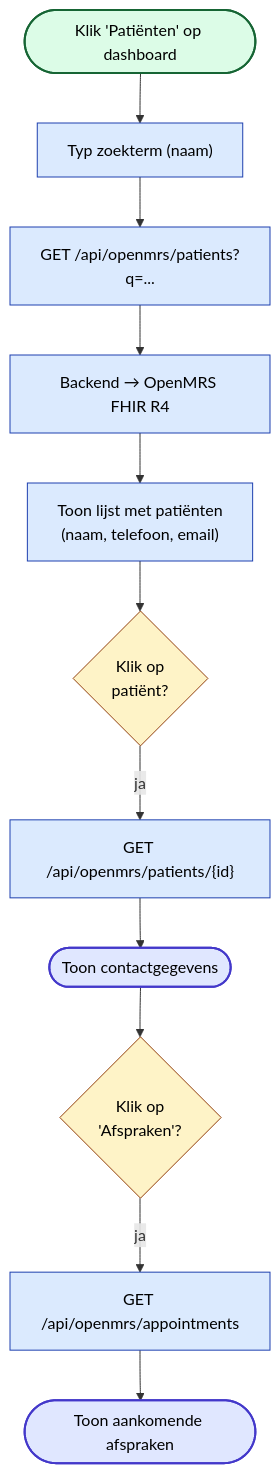
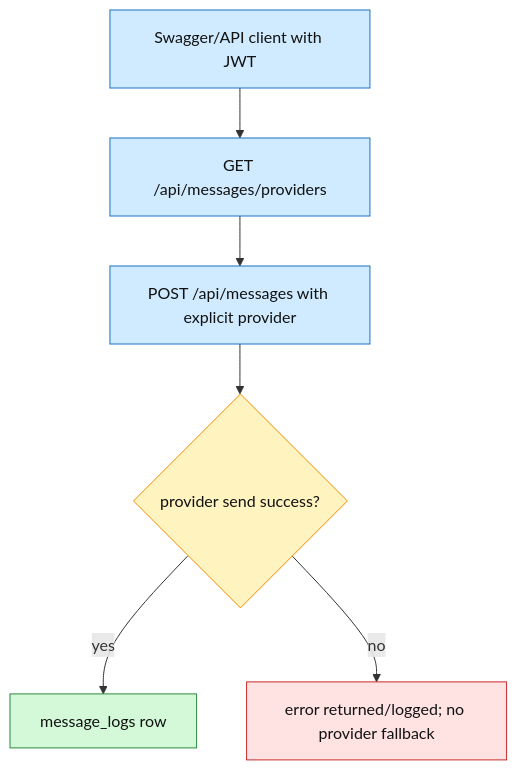
The diagram in docs/c4/diagrams/07-user-flow-3.mmd (Rishyansyal/OpenMRSmoduleBackend), drawn with Mermaid before and after one commit. The commit also changed 160 other files, not shown here.

```diff
--- a/docs/c4/diagrams/07-user-flow-3.mmd
+++ b/docs/c4/diagrams/07-user-flow-3.mmd
@@ -1,23 +1,16 @@
 flowchart TD
-    classDef start fill:#dcfce7,stroke:#166534,stroke-width:2px,color:#000
-    classDef action fill:#dbeafe,stroke:#1e40af,stroke-width:1px,color:#000
-    classDef decision fill:#fef3c7,stroke:#92400e,stroke-width:1px,color:#000
-    classDef done fill:#e0e7ff,stroke:#4338ca,stroke-width:2px,color:#000
+    classDef action fill:#d0ebff,stroke:#1971c2,color:#111
+    classDef decision fill:#fff3bf,stroke:#f08c00,color:#111
+    classDef done fill:#d3f9d8,stroke:#2b8a3e,color:#111
+    classDef error fill:#ffe3e3,stroke:#c92a2a,color:#111
 
-    Start([Klik 'Patiënten' op dashboard]):::start
-    Input["Typ zoekterm (naam)"]:::action
-    Search["GET /api/openmrs/patients?q=..."]:::action
-    Fhir["Backend → OpenMRS FHIR R4"]:::action
-    List["Toon lijst met patiënten<br/>(naam, telefoon, email)"]:::action
-    Detail{Klik op<br/>patiënt?}:::decision
-    Get["GET /api/openmrs/patients/{id}"]:::action
-    Show(["Toon contactgegevens"]):::done
-    Appoint{Klik op<br/>'Afspraken'?}:::decision
-    GetApp["GET /api/openmrs/appointments"]:::action
-    ShowApp(["Toon aankomende afspraken"]):::done
+    client["Swagger/API client with JWT"]:::action
+    providers["GET /api/messages/providers"]:::action
+    send["POST /api/messages with explicit provider"]:::action
+    ok{"provider send success?"}:::decision
+    log["message_logs row"]:::done
+    fail["error returned/logged; no provider fallback"]:::error
 
-    Start --> Input --> Search --> Fhir --> List
-    List --> Detail
-    Detail -->|ja| Get --> Show
-    Show --> Appoint
-    Appoint -->|ja| GetApp --> ShowApp
+    client --> providers --> send --> ok
+    ok -->|yes| log
+    ok -->|no| fail
```
